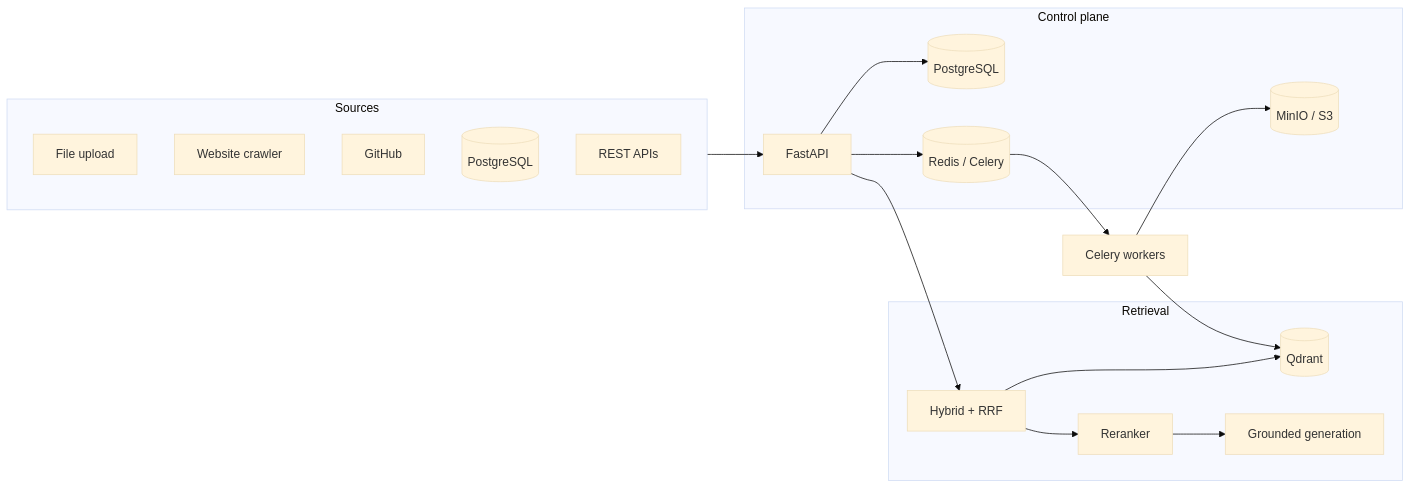
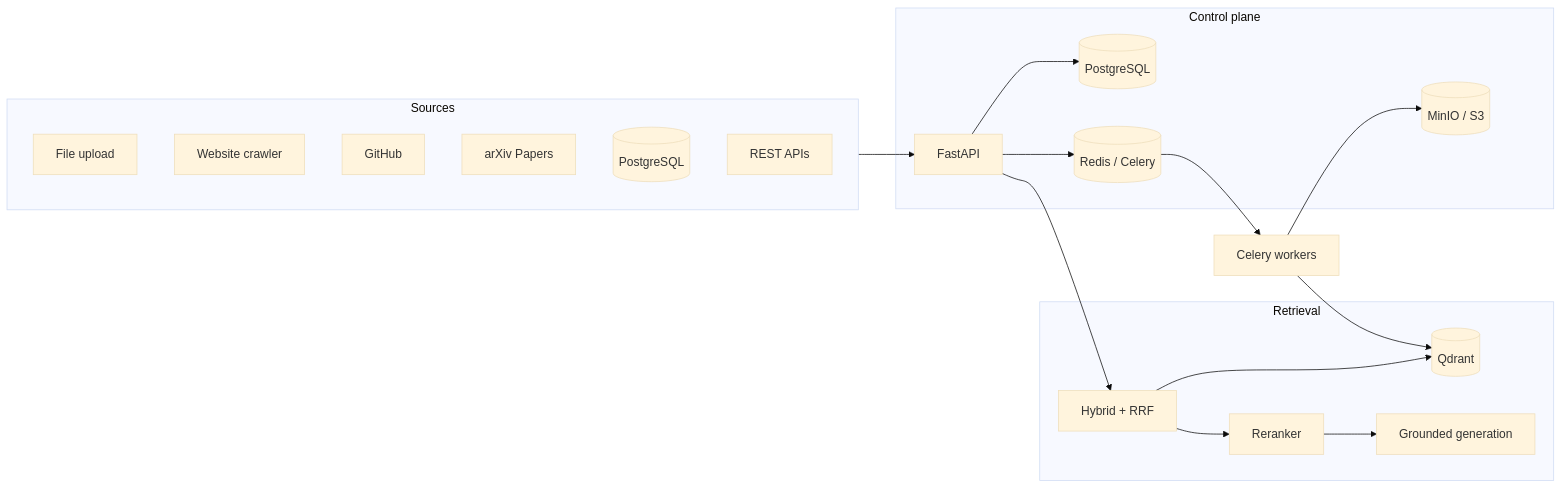
Before and after one commit to Samrwitt/RagStack: the diagram in README.md, drawn with Mermaid (base theme). The commit also changed other lines of this file and 29 other files, not shown here.

````diff
--- a/README.md
+++ b/README.md
@@ -32,33 +32,34 @@
 ```mermaid
 flowchart LR
     subgraph sources [Sources]
         Upload[File upload]
         Web[Website crawler]
         GH[GitHub]
+        ArXiv[arXiv Papers]
         PG[(PostgreSQL)]
         API[REST APIs]
     end
 
     subgraph control [Control plane]
         FastAPI[FastAPI]
         Postgres[(PostgreSQL)]
         Redis[(Redis / Celery)]
         MinIO[(MinIO / S3)]
     end
 
     subgraph retrieve [Retrieval]
         Qdrant[(Qdrant)]
         Hybrid[Hybrid + RRF]
         Rerank[Reranker]
         LLM[Grounded generation]
     end
 
     sources --> FastAPI
     FastAPI --> Postgres
     FastAPI --> Redis
     Redis --> Workers[Celery workers]
     Workers --> MinIO
     Workers --> Qdrant
     FastAPI --> Hybrid --> Rerank --> LLM
     Hybrid --> Qdrant
 ```
````
